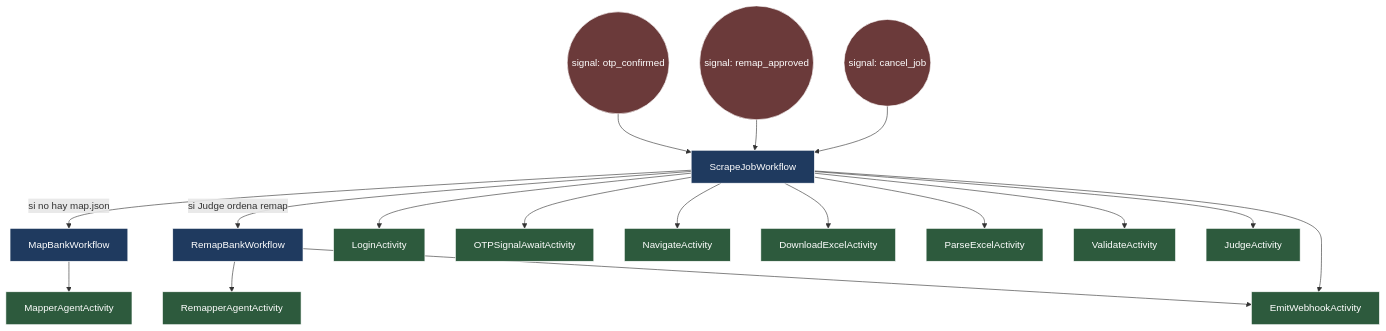
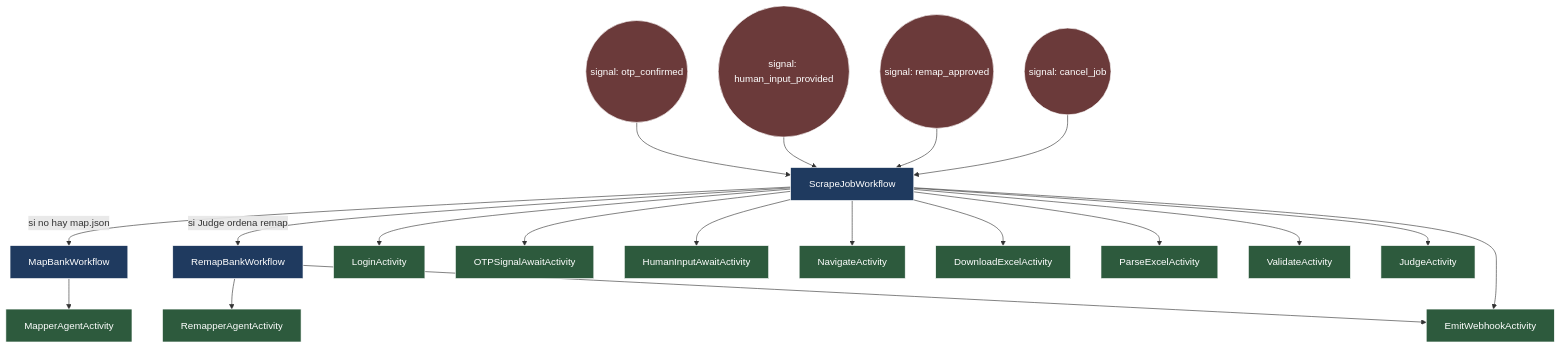
Before and after one commit to miketela/open-banca: the first of 3 diagrams in docs/02-components/orchestrator.md, drawn with Mermaid. The commit also changed other lines of this file and 12 other files, not shown here.

````diff
--- a/docs/02-components/orchestrator.md
+++ b/docs/02-components/orchestrator.md
@@ -7,33 +7,35 @@
 ```mermaid
 flowchart TD
     %% Workflow raíz por cada POST /scrape
     Root[ScrapeJobWorkflow]:::wf
 
     %% Child workflows
     Root -->|si no hay map.json| MapWF[MapBankWorkflow]:::wf
     Root -->|si Judge ordena remap| RemapWF[RemapBankWorkflow]:::wf
 
     %% Activities del Scraper runner
     Root --> Login[LoginActivity]:::act
     Root --> OTPWait[OTPSignalAwaitActivity]:::act
+    Root --> HIWait[HumanInputAwaitActivity]:::act
     Root --> Nav[NavigateActivity]:::act
     Root --> DL[DownloadExcelActivity]:::act
     Root --> Parse[ParseExcelActivity]:::act
     Root --> Val[ValidateActivity]:::act
     Root --> Judge[JudgeActivity]:::act
     Root --> Hook[EmitWebhookActivity]:::act
 
     %% Activities propias de los child workflows
     MapWF --> MapAgent[MapperAgentActivity]:::act
     RemapWF --> RemapAgent[RemapperAgentActivity]:::act
     RemapWF --> Hook
 
     %% Signals externos entran al workflow raíz
     SigOTP((signal: otp_confirmed)):::sig --> Root
+    SigHI((signal: human_input_provided)):::sig --> Root
     SigApprove((signal: remap_approved)):::sig --> Root
     SigCancel((signal: cancel_job)):::sig --> Root
 
     classDef wf fill:#1f3a5f,stroke:#fff,color:#fff;
     classDef act fill:#2d5a3d,stroke:#fff,color:#fff;
     classDef sig fill:#6b3a3a,stroke:#fff,color:#fff;
 ```
````
